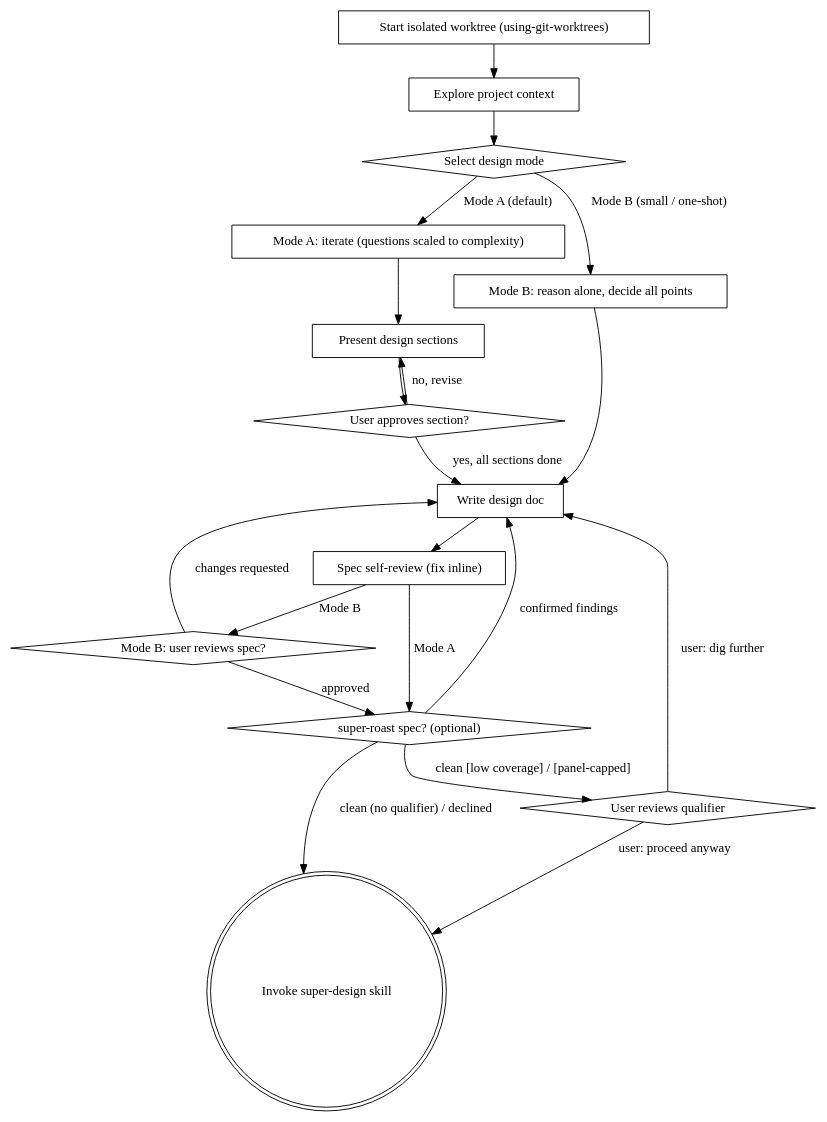
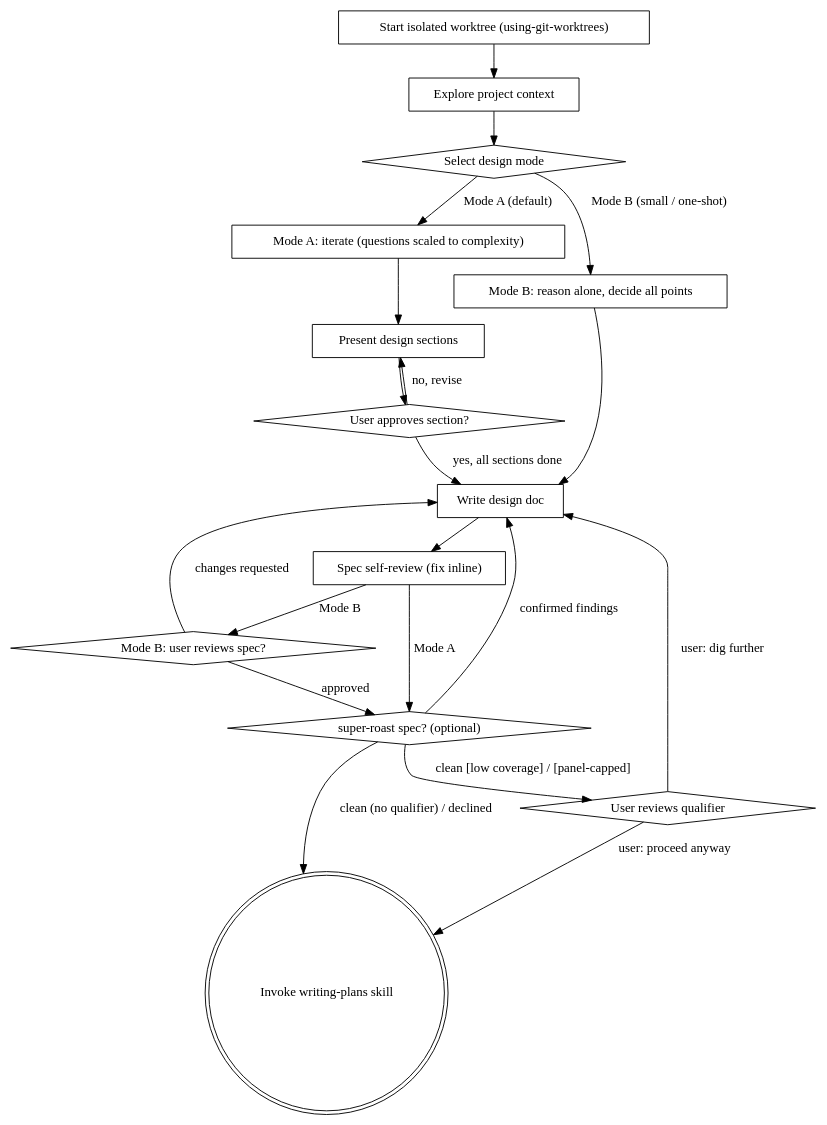
The diagram in skills/brainstorming/SKILL.md (alepar/superpowers), drawn with Graphviz before and after one commit. The commit also changed other lines of this file and 1 other file, not shown here.

First line of the commit message:
refactor(super-design,brainstorming): invert brainstorming/super-design dependency to one-way

````diff
--- a/skills/brainstorming/SKILL.md
+++ b/skills/brainstorming/SKILL.md
@@ -62,37 +61,37 @@
 ```dot
 digraph brainstorming {
     "Start isolated worktree (using-git-worktrees)" [shape=box];
     "Explore project context" [shape=box];
     "Select design mode" [shape=diamond];
     "Mode A: iterate (questions scaled to complexity)" [shape=box];
     "Mode B: reason alone, decide all points" [shape=box];
     "Present design sections" [shape=box];
     "User approves section?" [shape=diamond];
     "Write design doc" [shape=box];
     "Spec self-review (fix inline)" [shape=box];
     "super-roast spec? (optional)" [shape=diamond];
     "User reviews qualifier" [shape=diamond];
     "Mode B: user reviews spec?" [shape=diamond];
-    "Invoke super-design skill" [shape=doublecircle];
+    "Invoke writing-plans skill" [shape=doublecircle];
 
     "Start isolated worktree (using-git-worktrees)" -> "Explore project context";
     "Explore project context" -> "Select design mode";
     "Select design mode" -> "Mode A: iterate (questions scaled to complexity)" [label="Mode A (default)"];
     "Select design mode" -> "Mode B: reason alone, decide all points" [label="Mode B (small / one-shot)"];
     "Mode A: iterate (questions scaled to complexity)" -> "Present design sections";
     "Present design sections" -> "User approves section?";
     "User approves section?" -> "Present design sections" [label="no, revise"];
     "User approves section?" -> "Write design doc" [label="yes, all sections done"];
     "Mode B: reason alone, decide all points" -> "Write design doc";
     "Write design doc" -> "Spec self-review (fix inline)";
     "Spec self-review (fix inline)" -> "super-roast spec? (optional)" [label="Mode A"];
     "Spec self-review (fix inline)" -> "Mode B: user reviews spec?" [label="Mode B"];
     "Mode B: user reviews spec?" -> "Write design doc" [label="changes requested"];
     "Mode B: user reviews spec?" -> "super-roast spec? (optional)" [label="approved"];
     "super-roast spec? (optional)" -> "Write design doc" [label="confirmed findings"];
     "super-roast spec? (optional)" -> "User reviews qualifier" [label="clean [low coverage] / [panel-capped]"];
-    "super-roast spec? (optional)" -> "Invoke super-design skill" [label="clean (no qualifier) / declined"];
-    "User reviews qualifier" -> "Invoke super-design skill" [label="user: proceed anyway"];
+    "super-roast spec? (optional)" -> "Invoke writing-plans skill" [label="clean (no qualifier) / declined"];
+    "User reviews qualifier" -> "Invoke writing-plans skill" [label="user: proceed anyway"];
     "User reviews qualifier" -> "Write design doc" [label="user: dig further"];
 }
 ```
````
